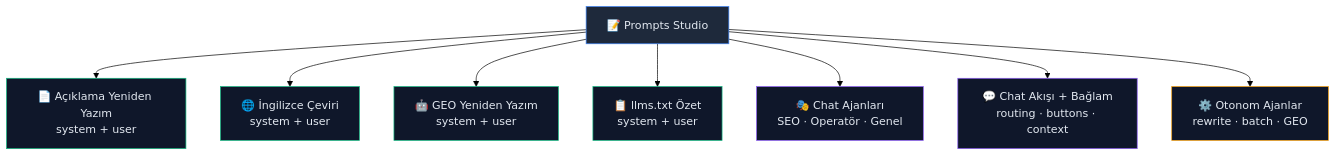
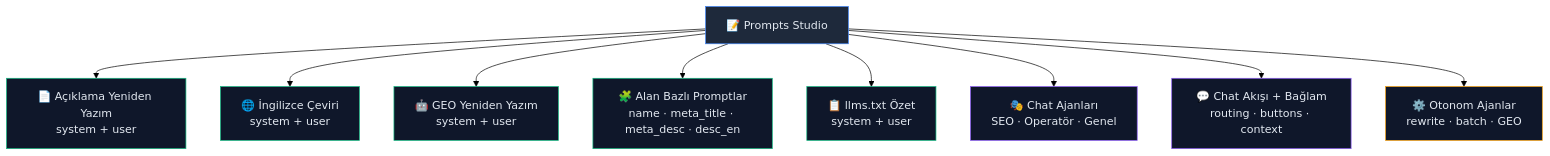
Before and after one commit to YigitKa/ikas-ai-seo-agent: the ninth of 19 diagrams in README.md, drawn with Mermaid (forest theme). The commit also changed other lines of this file, not shown here.

First line of the commit message:
docs: add Alan Bazli Promptlar group to README Prompt Studio diagram

````diff
--- a/README.md
+++ b/README.md
@@ -437,19 +437,21 @@
 ```mermaid
 graph TD
     EDITOR["📝 Prompts Studio"] --> G1["📄 Açıklama Yeniden Yazım\nsystem + user"]
     EDITOR --> G2["🌐 İngilizce Çeviri\nsystem + user"]
     EDITOR --> G3["🤖 GEO Yeniden Yazım\nsystem + user"]
+    EDITOR --> G8["🧩 Alan Bazlı Promptlar\nname · meta_title · meta_desc · desc_en"]
     EDITOR --> G4["📋 llms.txt Özet\nsystem + user"]
     EDITOR --> G5["🎭 Chat Ajanları\nSEO · Operatör · Genel"]
     EDITOR --> G6["💬 Chat Akışı + Bağlam\nrouting · buttons · context"]
     EDITOR --> G7["⚙️ Otonom Ajanlar\nrewrite · batch · GEO"]
 
     style EDITOR fill:#1e293b,stroke:#3b82f6,color:#e2e8f0
     style G1 fill:#0f172a,stroke:#10b981,color:#e2e8f0
     style G2 fill:#0f172a,stroke:#10b981,color:#e2e8f0
     style G3 fill:#0f172a,stroke:#10b981,color:#e2e8f0
+    style G8 fill:#0f172a,stroke:#10b981,color:#e2e8f0
     style G4 fill:#0f172a,stroke:#10b981,color:#e2e8f0
     style G5 fill:#0f172a,stroke:#8b5cf6,color:#e2e8f0
     style G6 fill:#0f172a,stroke:#8b5cf6,color:#e2e8f0
     style G7 fill:#0f172a,stroke:#f59e0b,color:#e2e8f0
 ```
````
